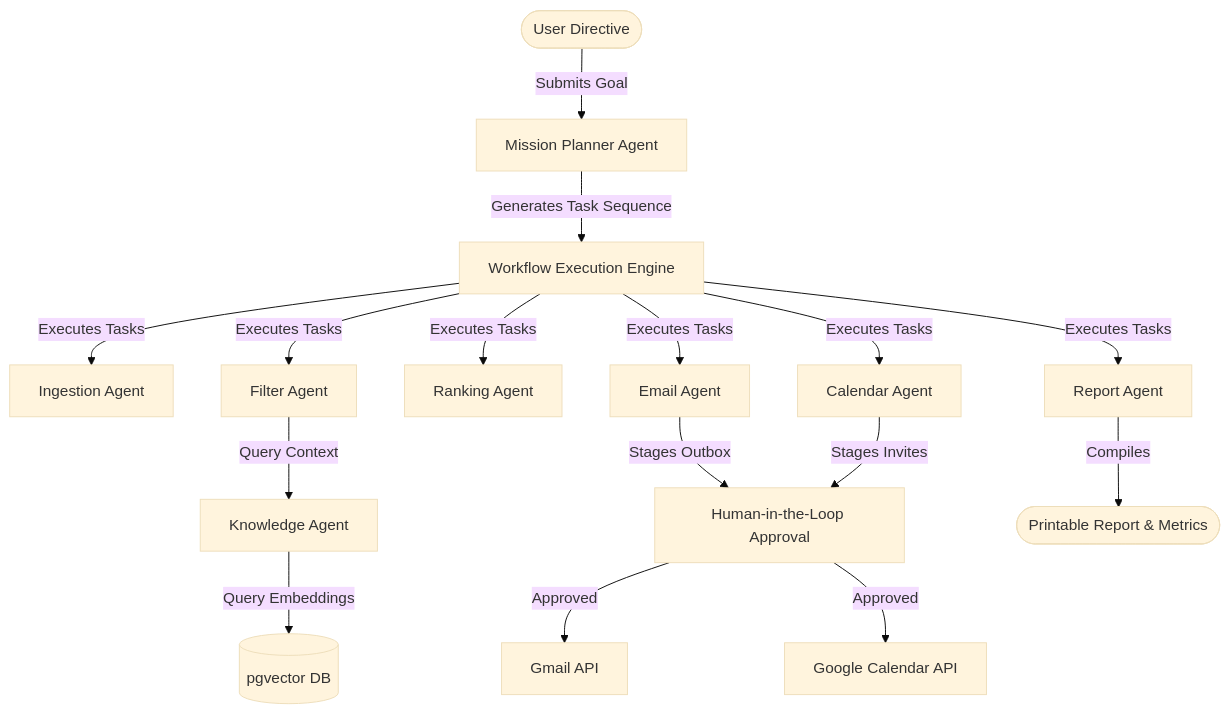
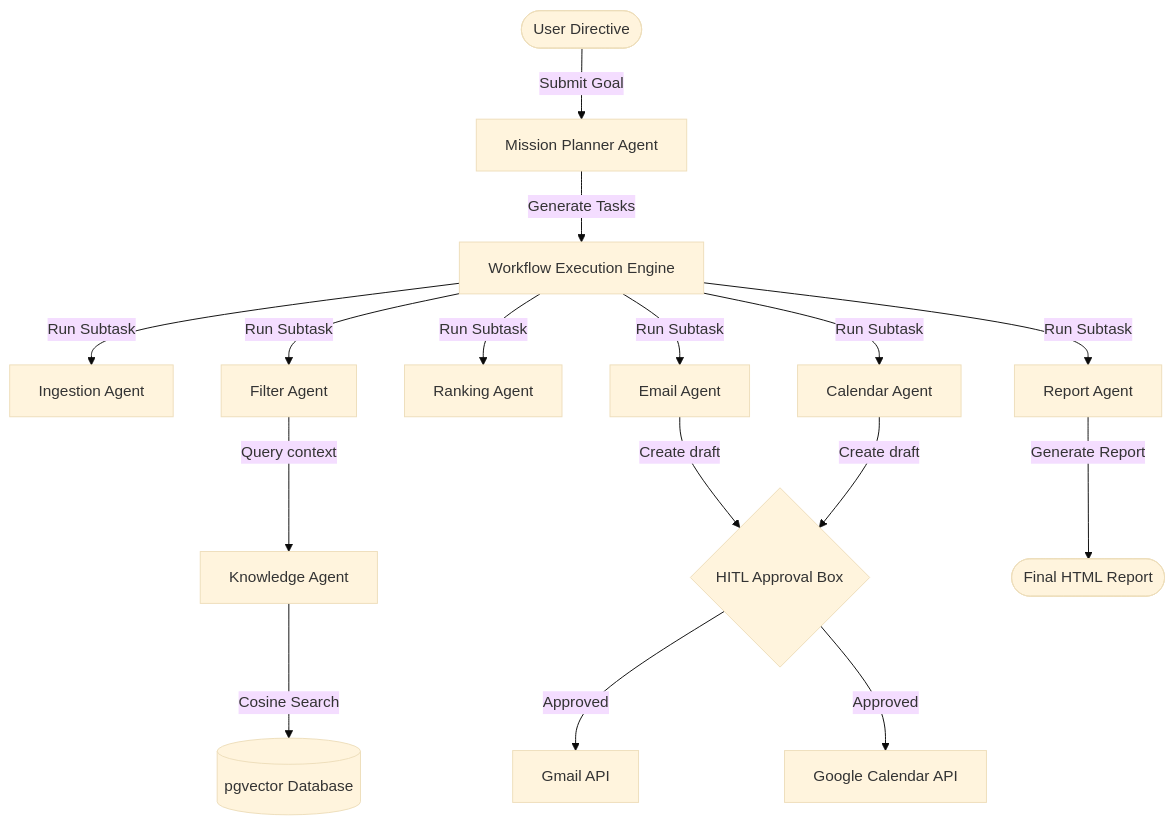
Before and after one commit to bussathrishank595-star/Autonomous-AI-Workforce-for-Business-Workflow-Automation: the first of 2 diagrams in README.md, drawn with Mermaid (base theme). The commit also changed other lines of this file and 4 other files, not shown here.

````diff
--- a/README.md
+++ b/README.md
@@ -62,21 +80,21 @@
 ```mermaid
 graph TD
-    User([User Directive]) -->|Submits Goal| MP[Mission Planner Agent]
-    MP -->|Generates Task Sequence| WEE[Workflow Execution Engine]
-    WEE -->|Executes Tasks| IA[Ingestion Agent]
-    WEE -->|Executes Tasks| FA[Filter Agent]
-    WEE -->|Executes Tasks| RA[Ranking Agent]
-    WEE -->|Executes Tasks| EA[Email Agent]
-    WEE -->|Executes Tasks| CA[Calendar Agent]
-    WEE -->|Executes Tasks| RepA[Report Agent]
+    User([User Directive]) -->|Submit Goal| MP[Mission Planner Agent]
+    MP -->|Generate Tasks| WEE[Workflow Execution Engine]
+    WEE -->|Run Subtask| IA[Ingestion Agent]
+    WEE -->|Run Subtask| FA[Filter Agent]
+    WEE -->|Run Subtask| RA[Ranking Agent]
+    WEE -->|Run Subtask| EA[Email Agent]
+    WEE -->|Run Subtask| CA[Calendar Agent]
+    WEE -->|Run Subtask| RepA[Report Agent]
     
-    FA -->|Query Context| KA[Knowledge Agent]
-    KA -->|Query Embeddings| VDB[(pgvector DB)]
+    FA -->|Query context| KA[Knowledge Agent]
+    KA -->|Cosine Search| pg[(pgvector Database)]
     
-    EA -->|Stages Outbox| Hil[Human-in-the-Loop Approval]
-    CA -->|Stages Invites| Hil
+    EA -->|Create draft| Approval{HITL Approval Box}
+    CA -->|Create draft| Approval
     
-    Hil -->|Approved| Gmail[Gmail API]
-    Hil -->|Approved| Calendar[Google Calendar API]
-    RepA -->|Compiles| Out([Printable Report & Metrics])
+    Approval -->|Approved| Gmail[Gmail API]
+    Approval -->|Approved| Cal[Google Calendar API]
+    RepA -->|Generate Report| Output([Final HTML Report])
 ```
````
